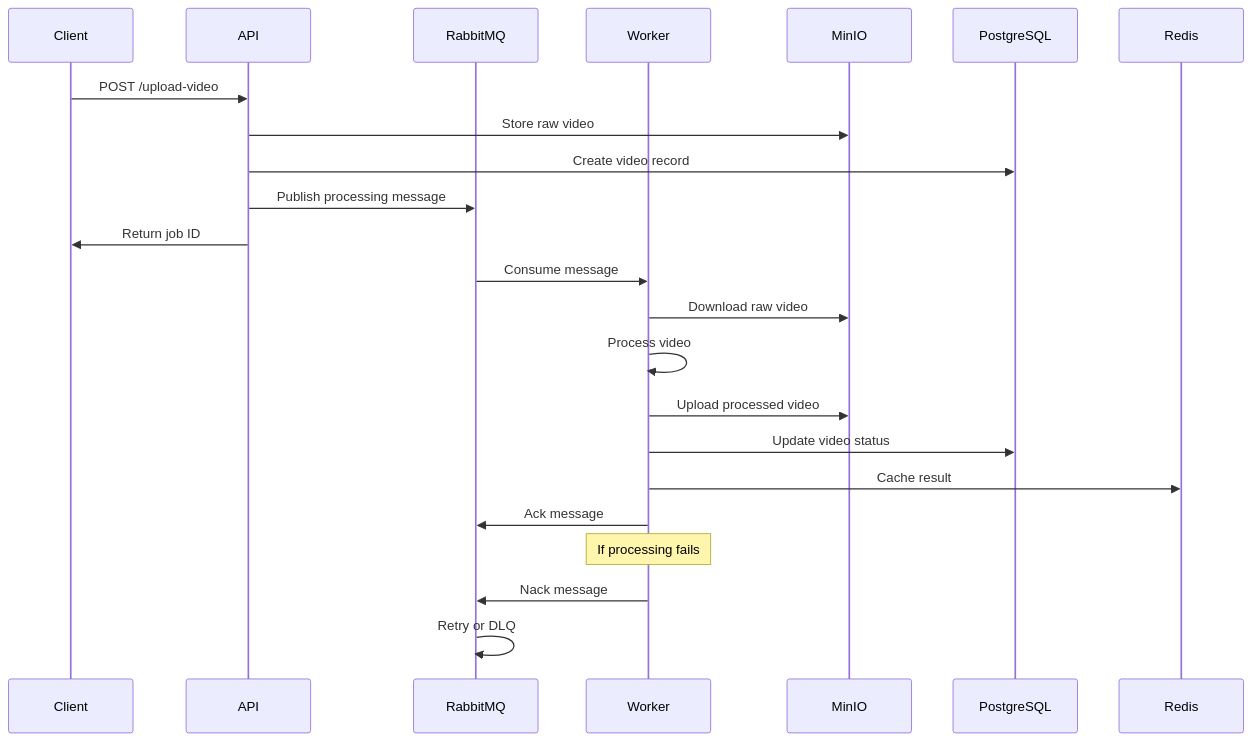
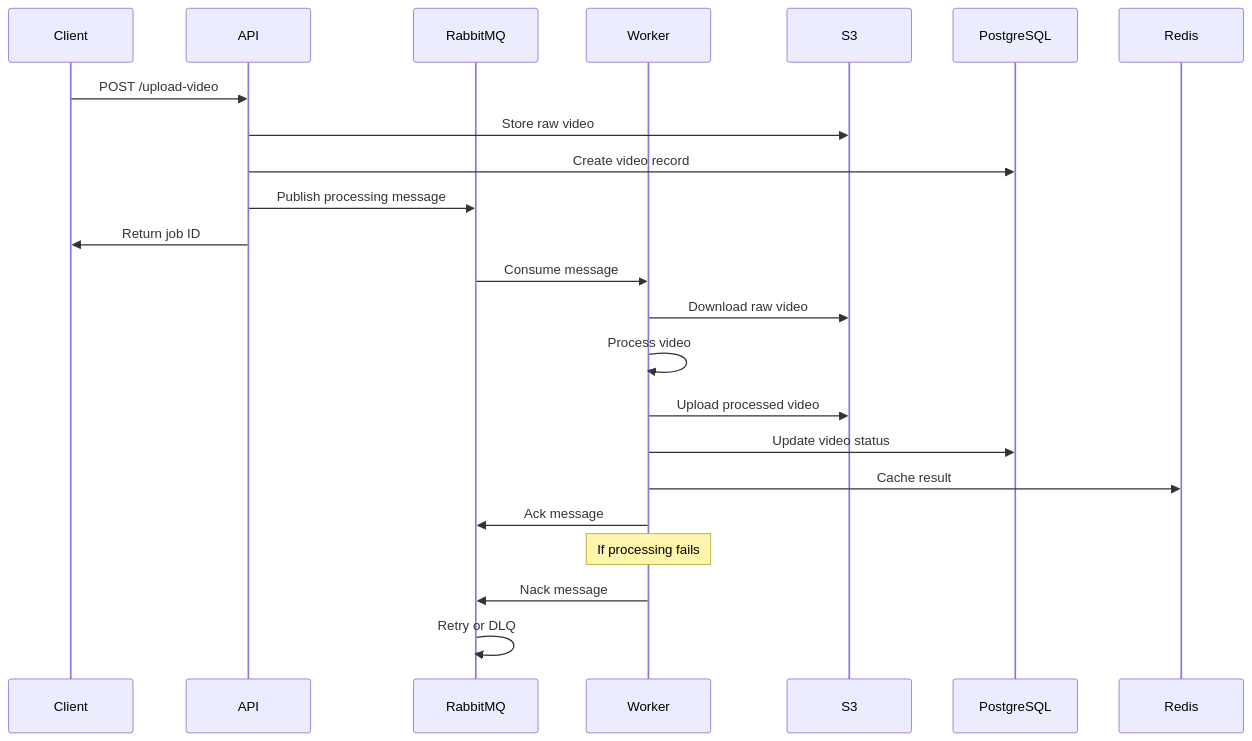
Before and after one commit to tatoand97/Sistema-de-Videos-y-Ranking: the fourth of 7 diagrams in README.md, drawn with Mermaid. The commit also changed other lines of this file and 62 other files, not shown here.

````diff
--- a/README.md
+++ b/README.md
@@ -189,28 +188,28 @@
 ```mermaid
 sequenceDiagram
     participant Client
     participant API
     participant RabbitMQ
     participant Worker
-    participant MinIO
+    participant S3
     participant PostgreSQL
     participant Redis
     
     Client->>API: POST /upload-video
-    API->>MinIO: Store raw video
+    API->>S3: Store raw video
     API->>PostgreSQL: Create video record
     API->>RabbitMQ: Publish processing message
     API->>Client: Return job ID
     
     RabbitMQ->>Worker: Consume message
-    Worker->>MinIO: Download raw video
+    Worker->>S3: Download raw video
     Worker->>Worker: Process video
-    Worker->>MinIO: Upload processed video
+    Worker->>S3: Upload processed video
     Worker->>PostgreSQL: Update video status
     Worker->>Redis: Cache result
     Worker->>RabbitMQ: Ack message
     
     Note over Worker: If processing fails
     Worker->>RabbitMQ: Nack message
     RabbitMQ->>RabbitMQ: Retry or DLQ
 ```
````
